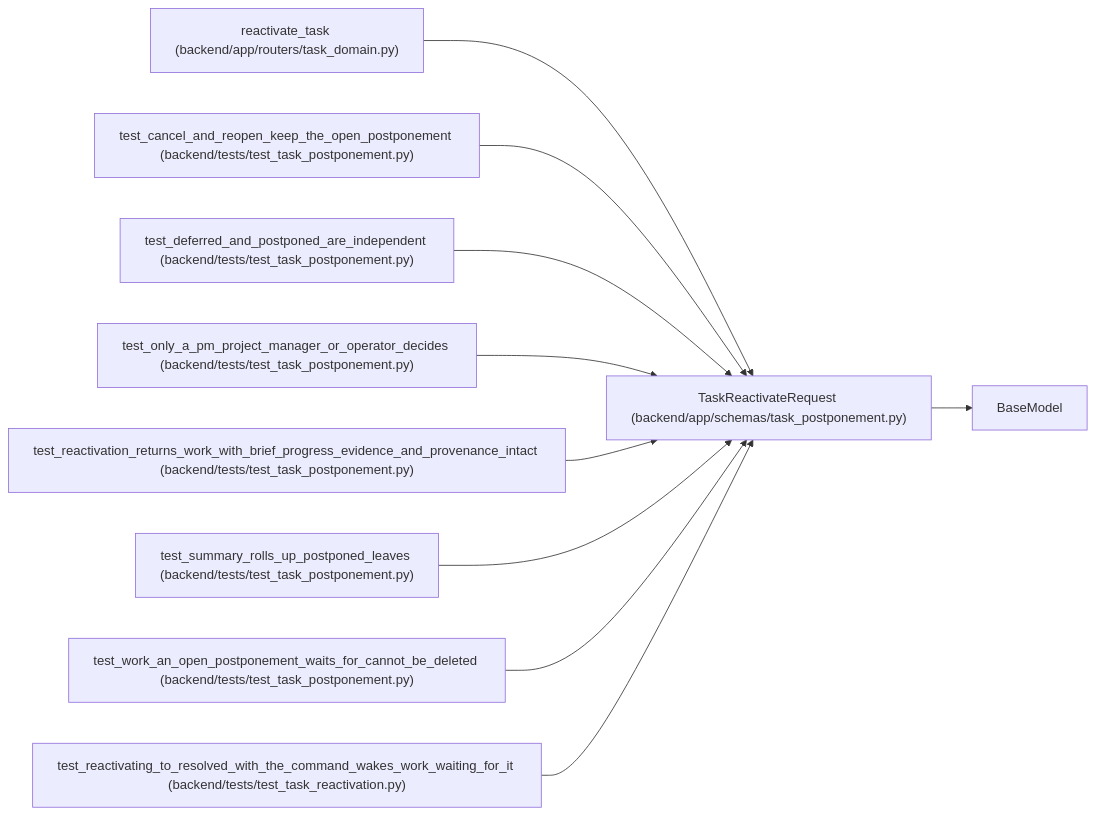
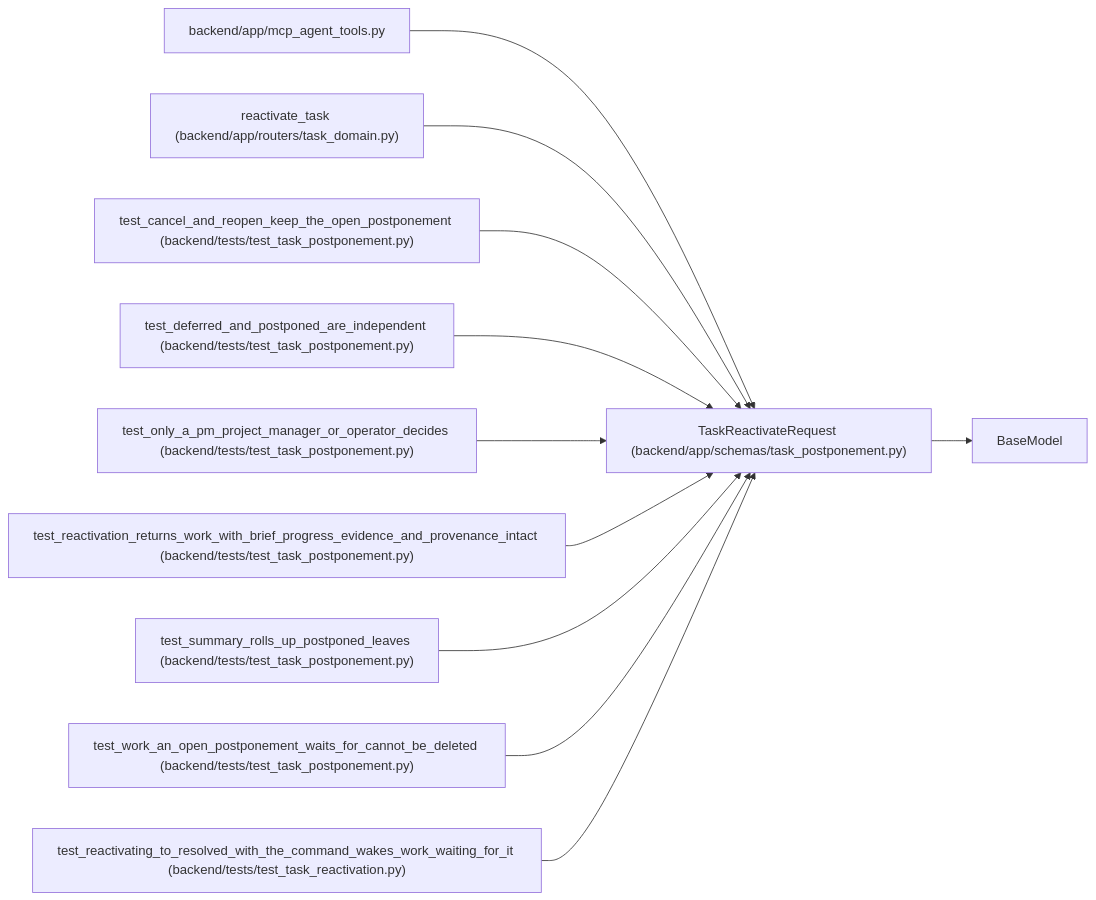
The diagram in docs/llm_wiki/entities/TaskReactivateRequest.md (Denissvgn/WorkChord), drawn with Mermaid before and after one commit. The commit also changed other lines of this file and 674 other files, not shown here.

Commit message:
Sync the architectural wiki for the postponement agent tools

````diff
--- a/docs/llm_wiki/entities/TaskReactivateRequest.md
+++ b/docs/llm_wiki/entities/TaskReactivateRequest.md
@@ -40,31 +40,34 @@
 ```mermaid
 flowchart LR
     n0["TaskReactivateRequest (backend/app/schemas/task_postponement.py)"]
     n1["BaseModel"]
-    n2["reactivate_task (backend/app/routers/task_domain.py)"]
-    n3["test_cancel_and_reopen_keep_the_open_postponement (backend/tests/test_task_postponement.py)"]
-    n4["test_deferred_and_postponed_are_independent (backend/tests/test_task_postponement.py)"]
-    n5["test_only_a_pm_project_manager_or_operator_decides (backend/tests/test_task_postponement.py)"]
-    n6["test_reactivation_returns_work_with_brief_progress_evidence_and_provenance_intact (backend/tests/test_task_postponement.py)"]
-    n7["test_summary_rolls_up_postponed_leaves (backend/tests/test_task_postponement.py)"]
-    n8["test_work_an_open_postponement_waits_for_cannot_be_deleted (backend/tests/test_task_postponement.py)"]
-    n9["test_reactivating_to_resolved_with_the_command_wakes_work_waiting_for_it (backend/tests/test_task_reactivation.py)"]
+    n2["backend/app/mcp_agent_tools.py"]
+    n3["reactivate_task (backend/app/routers/task_domain.py)"]
+    n4["test_cancel_and_reopen_keep_the_open_postponement (backend/tests/test_task_postponement.py)"]
+    n5["test_deferred_and_postponed_are_independent (backend/tests/test_task_postponement.py)"]
+    n6["test_only_a_pm_project_manager_or_operator_decides (backend/tests/test_task_postponement.py)"]
+    n7["test_reactivation_returns_work_with_brief_progress_evidence_and_provenance_intact (backend/tests/test_task_postponement.py)"]
+    n8["test_summary_rolls_up_postponed_leaves (backend/tests/test_task_postponement.py)"]
+    n9["test_work_an_open_postponement_waits_for_cannot_be_deleted (backend/tests/test_task_postponement.py)"]
+    n10["test_reactivating_to_resolved_with_the_command_wakes_work_waiting_for_it (backend/tests/test_task_reactivation.py)"]
     n0 --> n1
     n2 --> n0
     n3 --> n0
     n4 --> n0
     n5 --> n0
     n6 --> n0
     n7 --> n0
     n8 --> n0
     n9 --> n0
+    n10 --> n0
     click n0 "../modules/schemas_task_postponement.md"
-    click n2 "../modules/routers_task_domain.md"
-    click n3 "../modules/test_task_postponement.md"
+    click n2 "../modules/mcp_agent_tools.md"
+    click n3 "../modules/routers_task_domain.md"
     click n4 "../modules/test_task_postponement.md"
     click n5 "../modules/test_task_postponement.md"
     click n6 "../modules/test_task_postponement.md"
     click n7 "../modules/test_task_postponement.md"
     click n8 "../modules/test_task_postponement.md"
-    click n9 "../modules/test_task_reactivation.md"
+    click n9 "../modules/test_task_postponement.md"
+    click n10 "../modules/test_task_reactivation.md"
 ```
````
